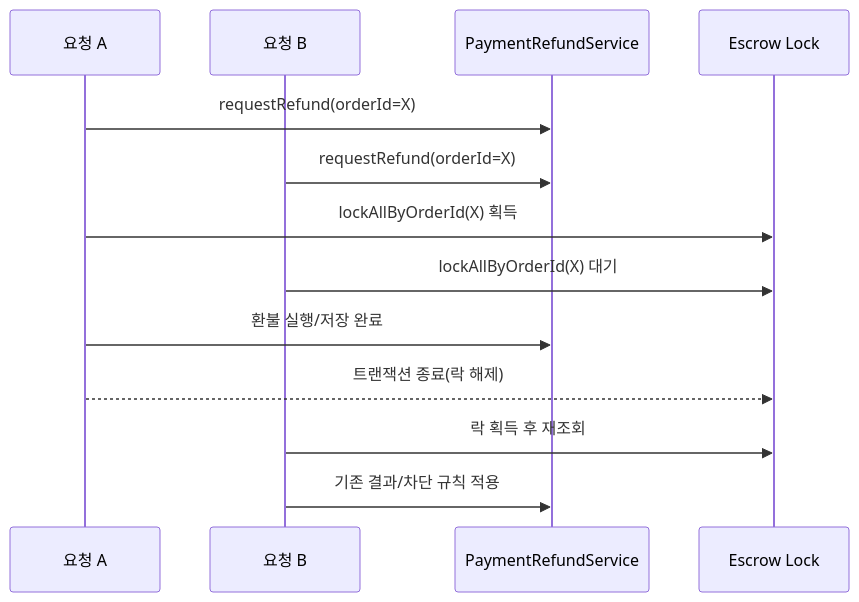
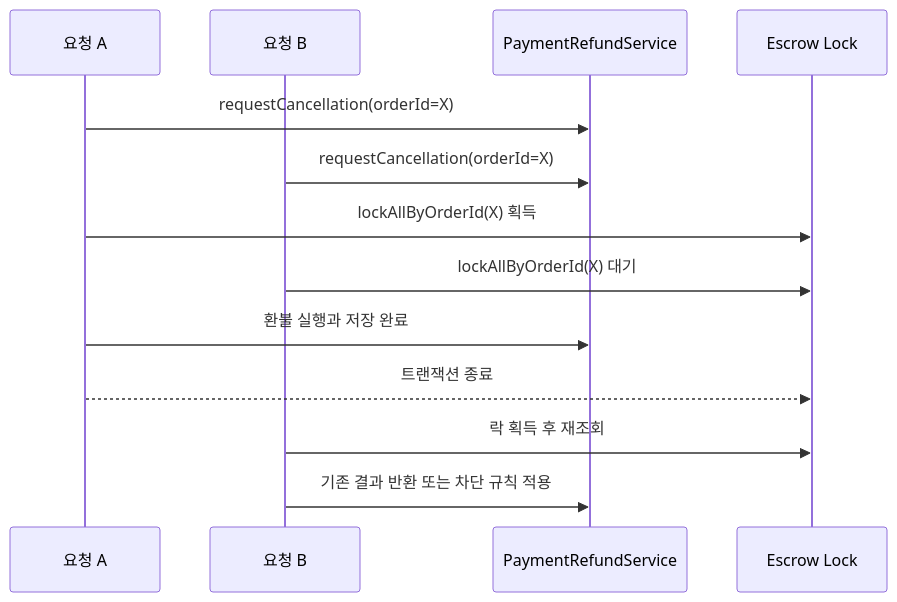
One commit to sihoney/GoodsMall_BE changed the second of 2 diagrams in payment/docs/주문 환불 구현 가이드.md. Above: the diagram before and after it, drawn with Mermaid. The commit also changed other lines of this file and 2 other files, not shown here.

````diff
--- a/payment/docs/주문 환불 구현 가이드.md
+++ b/payment/docs/주문 환불 구현 가이드.md
@@ -237,16 +261,16 @@
 ```mermaid
 sequenceDiagram
     participant A as 요청 A
     participant B as 요청 B
     participant S as PaymentRefundService
     participant E as Escrow Lock
 
-    A->>S: requestRefund(orderId=X)
-    B->>S: requestRefund(orderId=X)
+    A->>S: requestCancellation(orderId=X)
+    B->>S: requestCancellation(orderId=X)
     A->>E: lockAllByOrderId(X) 획득
     B->>E: lockAllByOrderId(X) 대기
-    A->>S: 환불 실행/저장 완료
-    A-->>E: 트랜잭션 종료(락 해제)
+    A->>S: 환불 실행과 저장 완료
+    A-->>E: 트랜잭션 종료
     B->>E: 락 획득 후 재조회
-    B->>S: 기존 결과/차단 규칙 적용
+    B->>S: 기존 결과 반환 또는 차단 규칙 적용
 ```
````
